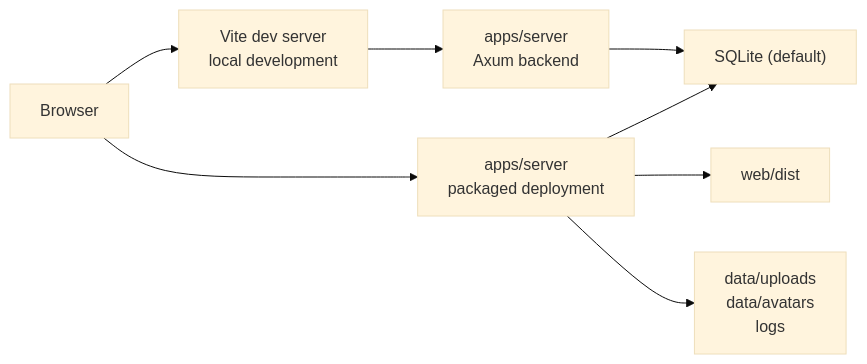
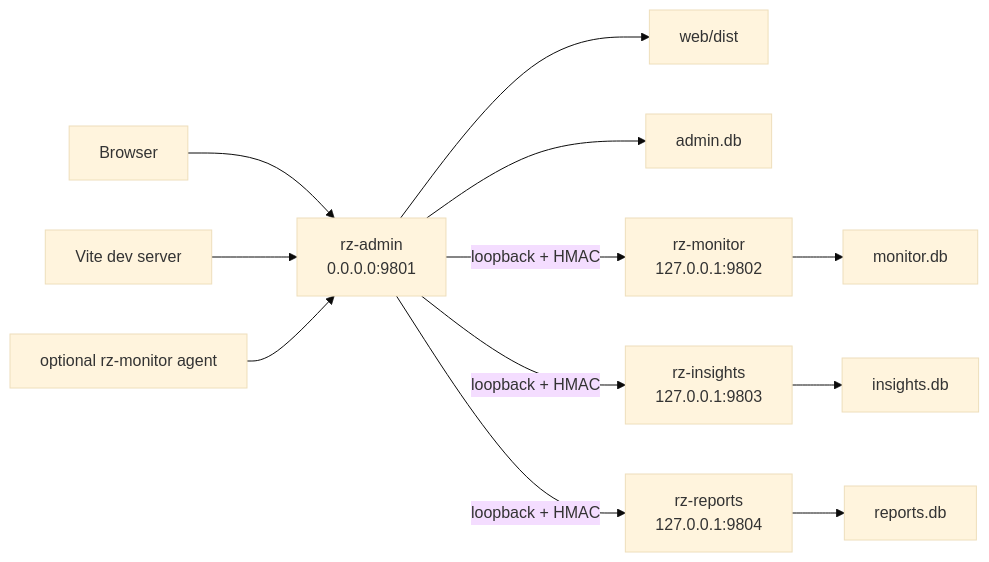
Before and after one commit to rustzen/rustzen-admin: the first of 4 diagrams in docs/reference/architecture-diagrams.md, drawn with Mermaid (base theme). The commit also changed other lines of this file and 17 other files, not shown here.

Commit message:
docs(architecture): document independent service topology

````diff
--- a/docs/reference/architecture-diagrams.md
+++ b/docs/reference/architecture-diagrams.md
@@ -7,10 +7,14 @@
 ```mermaid
 flowchart LR
-    Browser["Browser"] --> WebDev["Vite dev server<br/>local development"]
-    WebDev --> Backend["apps/server<br/>Axum backend"]
-    Browser --> BackendDeploy["apps/server<br/>packaged deployment"]
-    BackendDeploy --> StaticFiles["web/dist"]
-    Backend --> Db["SQLite (default)"]
-    BackendDeploy --> Db
-    BackendDeploy --> RuntimeData["data/uploads<br/>data/avatars<br/>logs"]
+    Browser["Browser"] --> Admin["rz-admin<br/>0.0.0.0:9801"]
+    Vite["Vite dev server"] --> Admin
+    Admin --> Web["web/dist"]
+    Admin --> AdminDb["admin.db"]
+    Admin -->|"loopback + HMAC"| Monitor["rz-monitor<br/>127.0.0.1:9802"]
+    Admin -->|"loopback + HMAC"| Insights["rz-insights<br/>127.0.0.1:9803"]
+    Admin -->|"loopback + HMAC"| Reports["rz-reports<br/>127.0.0.1:9804"]
+    Monitor --> MonitorDb["monitor.db"]
+    Insights --> InsightsDb["insights.db"]
+    Reports --> ReportsDb["reports.db"]
+    Agent["optional rz-monitor agent"] --> Admin
 ```
````
